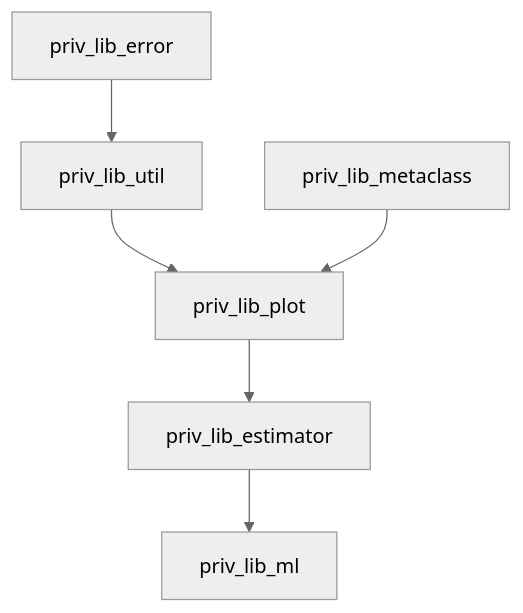
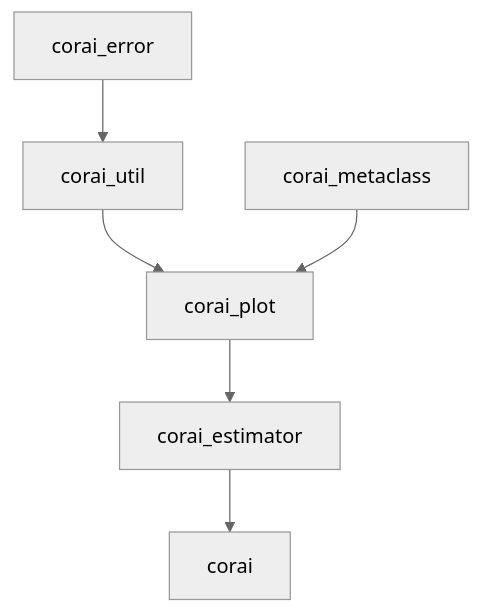
Before and after one commit to Code-Cornelius/CorAI: the diagram in README.md, drawn with Mermaid (neutral theme). The commit also changed other lines of this file and 2 other files, not shown here.

````diff
--- a/README.md
+++ b/README.md
@@ -257,9 +250,9 @@
 ```mermaid
 graph TD;
-    priv_lib_error-->priv_lib_util;
-    priv_lib_util-->priv_lib_plot;
-    priv_lib_plot-->priv_lib_estimator;
-    priv_lib_metaclass-->priv_lib_plot
-    priv_lib_estimator-->priv_lib_ml
+    corai_error-->corai_util;
+    corai_util-->corai_plot;
+    corai_plot-->corai_estimator;
+    corai_metaclass-->corai_plot
+    corai_estimator-->corai
 
 ```
````
